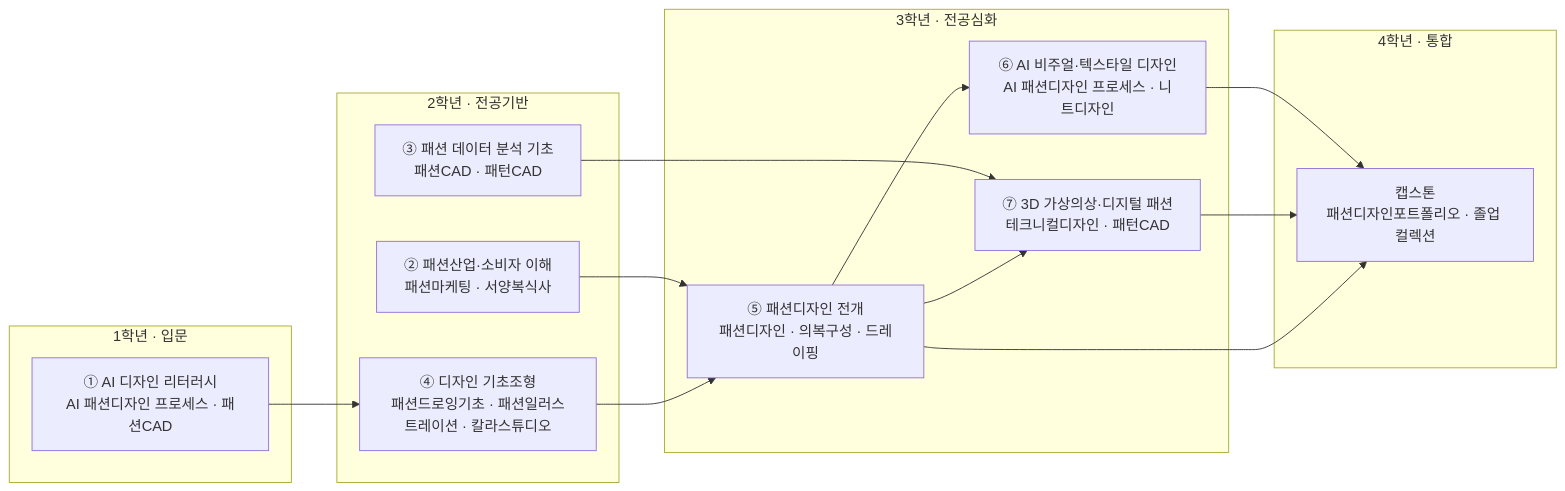
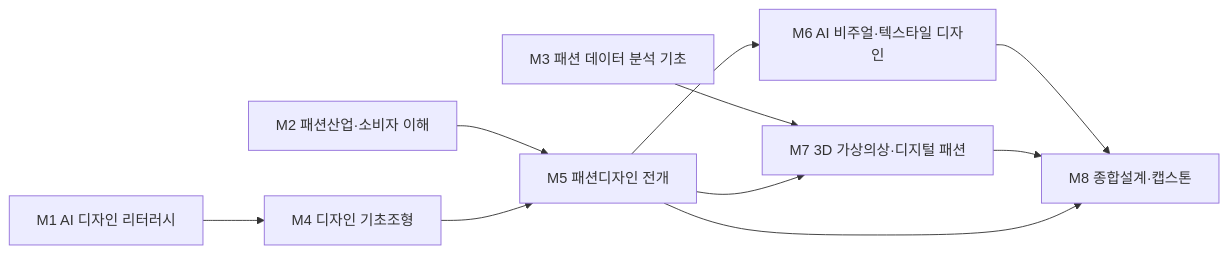
One commit to parclab-hsu/ai-curriculum-2026 changed the diagram in docs/design/fashion-design.md. Above: the diagram before and after it, drawn with Mermaid. The commit also changed other lines of this file and 22 other files, not shown here.

````diff
--- a/docs/design/fashion-design.md
+++ b/docs/design/fashion-design.md
@@ -104,28 +118,12 @@
 ```mermaid
 flowchart LR
-  subgraph Y1["1학년 · 입문"]
-    A0["① AI 디자인 리터러시<br/>AI 패션디자인 프로세스 · 패션CAD"]
-  end
-  subgraph Y2["2학년 · 전공기반"]
-    M2["② 패션산업·소비자 이해<br/>패션마케팅 · 서양복식사"]
-    M3["③ 패션 데이터 분석 기초<br/>패션CAD · 패턴CAD"]
-    M4["④ 디자인 기초조형<br/>패션드로잉기초 · 패션일러스트레이션 · 칼라스튜디오"]
-  end
-  subgraph Y3["3학년 · 전공심화"]
-    M5["⑤ 패션디자인 전개<br/>패션디자인 · 의복구성 · 드레이핑"]
-    M6["⑥ AI 비주얼·텍스타일 디자인<br/>AI 패션디자인 프로세스 · 니트디자인"]
-    M7["⑦ 3D 가상의상·디지털 패션<br/>테크니컬디자인 · 패턴CAD"]
-  end
-  subgraph Y4["4학년 · 통합"]
-    CAP["캡스톤<br/>패션디자인포트폴리오 · 졸업 컬렉션"]
-  end
-  A0 --> M4
-  M2 --> M5
-  M3 --> M7
+  M1["M1 AI 디자인 리터러시"] --> M4["M4 디자인 기초조형"]
+  M2["M2 패션산업·소비자 이해"] --> M5["M5 패션디자인 전개"]
+  M3["M3 패션 데이터 분석 기초"] --> M7["M7 3D 가상의상·디지털 패션"]
   M4 --> M5
-  M5 --> M6
+  M5 --> M6["M6 AI 비주얼·텍스타일 디자인"]
   M5 --> M7
-  M6 --> CAP
-  M7 --> CAP
-  M5 --> CAP
+  M6 --> M8["M8 종합설계·캡스톤"]
+  M7 --> M8
+  M5 --> M8
 ```
````
